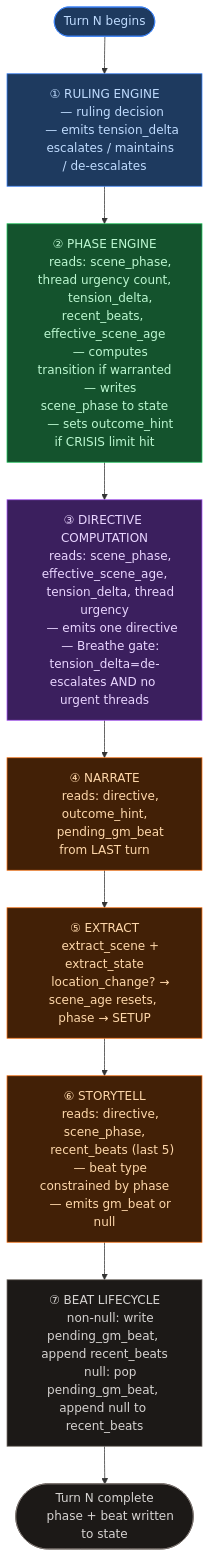
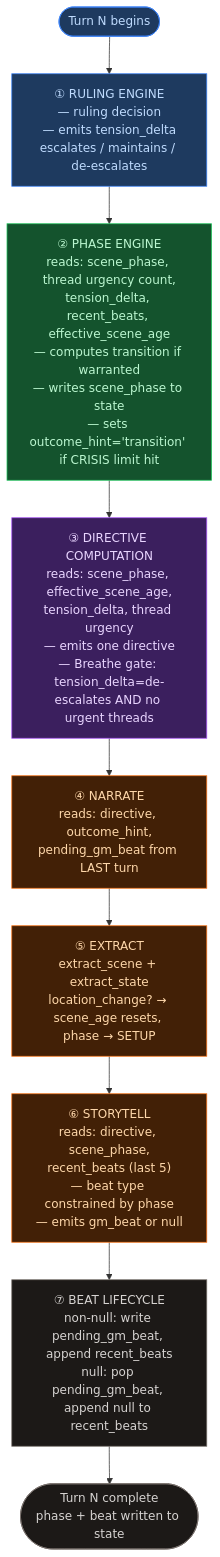
One commit to pww217/fablethread changed the second of 5 diagrams in docs/design/major-narrative-mechanic-overhaul.md. Above: the diagram before and after it, drawn with Mermaid. The commit also changed other lines of this file, not shown here.

Commit message:
docs: update phase/pacing redesign doc to reflect finalized decisions

````diff
--- a/docs/design/major-narrative-mechanic-overhaul.md
+++ b/docs/design/major-narrative-mechanic-overhaul.md
@@ -133,65 +134,28 @@
 ```mermaid
 flowchart TD
     style RUL fill:#1e3a5f,stroke:#3b82f6,color:#bfdbfe
     style TRN fill:#1e3a5f,stroke:#3b82f6,color:#bfdbfe
     style PHA fill:#14532d,stroke:#22c55e,color:#bbf7d0
     style DIR fill:#3b1f5e,stroke:#a855f7,color:#e9d5ff
     style NAR fill:#422006,stroke:#f97316,color:#fed7aa
     style EXT fill:#422006,stroke:#f97316,color:#fed7aa
     style STL fill:#422006,stroke:#f97316,color:#fed7aa
     style BT fill:#1c1917,stroke:#78716c,color:#d6d3d1
     style ST fill:#1c1917,stroke:#78716c,color:#d6d3d1
 
     TRN([Turn N begins]) --> RUL
-
-    RUL["① RULING ENGINE
-    — ruling decision
-    — emits tension_delta
-    escalates / maintains / de-escalates"]
-
+    RUL["① RULING ENGINE<br>— ruling decision<br>— emits tension_delta<br>escalates / maintains / de-escalates"]
     RUL --> PHA
-
-    PHA["② PHASE ENGINE
-    reads: scene_phase, thread urgency count,
-    tension_delta, recent_beats, effective_scene_age
-    — computes transition if warranted
-    — writes scene_phase to state
-    — sets outcome_hint if CRISIS limit hit"]
-
+    PHA["② PHASE ENGINE<br>reads: scene_phase, thread urgency count,<br>tension_delta, recent_beats, effective_scene_age<br>— computes transition if warranted<br>— writes scene_phase to state<br>— sets outcome_hint='transition' if CRISIS limit hit"]
     PHA --> DIR
-
-    DIR["③ DIRECTIVE COMPUTATION
-    reads: scene_phase, effective_scene_age,
-    tension_delta, thread urgency
-    — emits one directive
-    — Breathe gate: tension_delta=de-escalates AND no urgent threads"]
-
+    DIR["③ DIRECTIVE COMPUTATION<br>reads: scene_phase, effective_scene_age,<br>tension_delta, thread urgency<br>— emits one directive<br>— Breathe gate: tension_delta=de-escalates AND no urgent threads"]
     DIR --> NAR
-
-    NAR["④ NARRATE
-    reads: directive, outcome_hint,
-    pending_gm_beat from LAST turn"]
-
+    NAR["④ NARRATE<br>reads: directive, outcome_hint,<br>pending_gm_beat from LAST turn"]
     NAR --> EXT
-
-    EXT["⑤ EXTRACT
-    extract_scene + extract_state
-    location_change? → scene_age resets, phase → SETUP"]
-
+    EXT["⑤ EXTRACT<br>extract_scene + extract_state<br>location_change? → scene_age resets, phase → SETUP"]
     EXT --> STL
-
-    STL["⑥ STORYTELL
-    reads: directive, scene_phase,
-    recent_beats (last 5)
-    — beat type constrained by phase
-    — emits gm_beat or null"]
-
+    STL["⑥ STORYTELL<br>reads: directive, scene_phase,<br>recent_beats (last 5)<br>— beat type constrained by phase<br>— emits gm_beat or null"]
     STL --> BT
-
-    BT["⑦ BEAT LIFECYCLE
-    non-null: write pending_gm_beat, append recent_beats
-    null: pop pending_gm_beat, append null to recent_beats"]
-
-    BT --> ST(["Turn N complete
-    phase + beat written to state"])
+    BT["⑦ BEAT LIFECYCLE<br>non-null: write pending_gm_beat, append recent_beats<br>null: pop pending_gm_beat, append null to recent_beats"]
+    BT --> ST(["Turn N complete<br>phase + beat written to state"])
 ```
````
